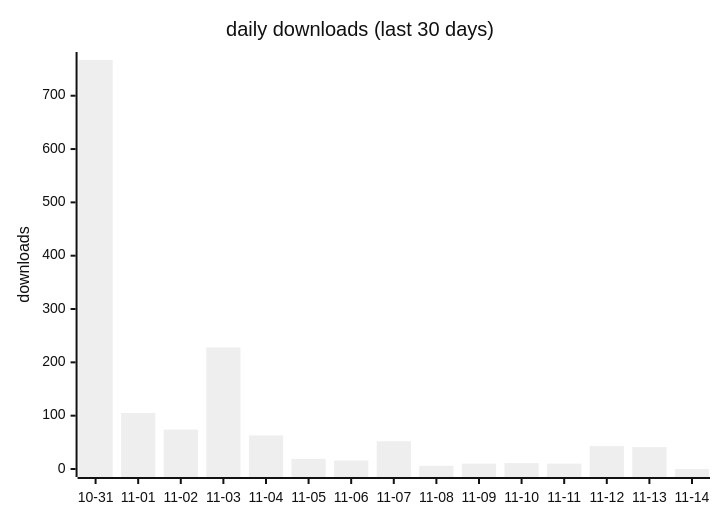
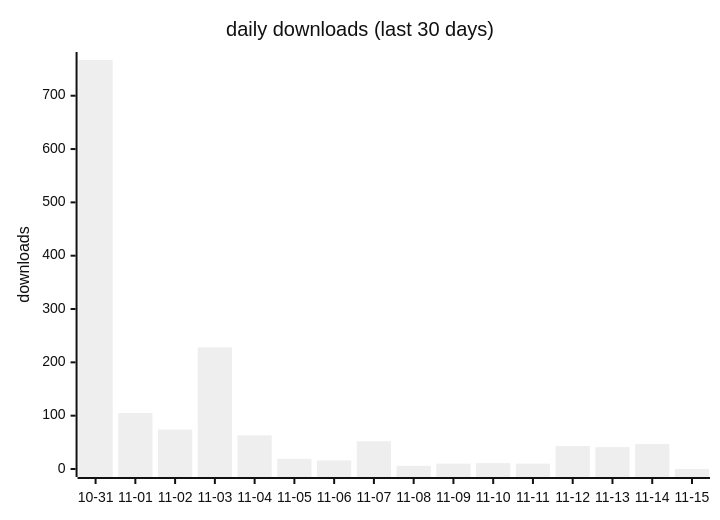
One commit to terry2010/opencode-loop-recover changed the first of 2 diagrams in docs/downloads-2026.md. Above: the diagram before and after it, drawn with Mermaid (neutral theme). The commit also changed other lines of this file and 1 other file, not shown here.

````diff
--- a/docs/downloads-2026.md
+++ b/docs/downloads-2026.md
@@ -19,7 +19,7 @@
 ```mermaid
 xychart-beta
     title "daily downloads (last 30 days)"
-    x-axis ["10-31", "11-01", "11-02", "11-03", "11-04", "11-05", "11-06", "11-07", "11-08", "11-09", "11-10", "11-11", "11-12", "11-13", "11-14"]
+    x-axis ["10-31", "11-01", "11-02", "11-03", "11-04", "11-05", "11-06", "11-07", "11-08", "11-09", "11-10", "11-11", "11-12", "11-13", "11-14", "11-15"]
     y-axis "downloads" 0 --> 767
-    bar [767, 105, 74, 228, 63, 19, 16, 52, 6, 10, 11, 10, 43, 41, 0]
+    bar [767, 105, 74, 228, 63, 19, 16, 52, 6, 10, 11, 10, 43, 41, 47, 0]
 ```
````
